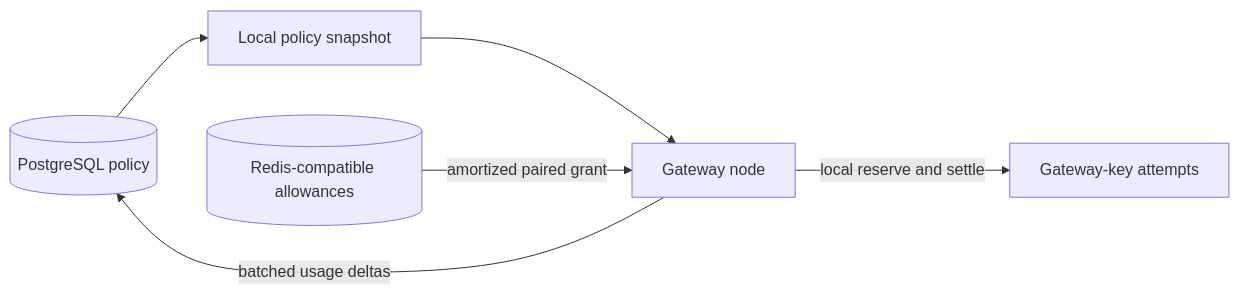
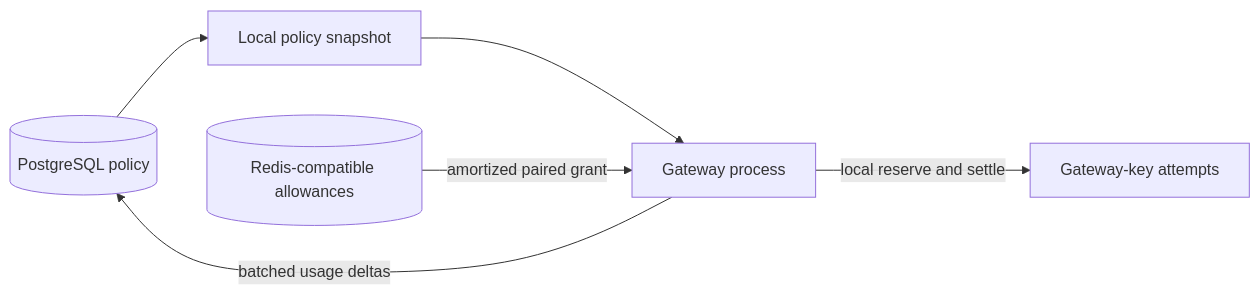
One commit to owlfoundry/owlrora changed the diagram in spec/07-budgets-usage-and-rate-limits.md. Above: the diagram before and after it, drawn with Mermaid. The commit also changed other lines of this file and 45 other files, not shown here.

````diff
--- a/spec/07-budgets-usage-and-rate-limits.md
+++ b/spec/07-budgets-usage-and-rate-limits.md
@@ -156,8 +156,8 @@
 ```mermaid
 flowchart LR
     PG[(PostgreSQL policy)] --> Snapshot[Local policy snapshot]
-    Snapshot --> Node[Gateway node]
-    Redis[(Redis-compatible allowances)] -->|amortized paired grant| Node
-    Node -->|local reserve and settle| Request[Gateway-key attempts]
-    Node -->|batched usage deltas| PG
+    Snapshot --> Process[Gateway process]
+    Redis[(Redis-compatible allowances)] -->|amortized paired grant| Process
+    Process -->|local reserve and settle| Request[Gateway-key attempts]
+    Process -->|batched usage deltas| PG
 ```
````
